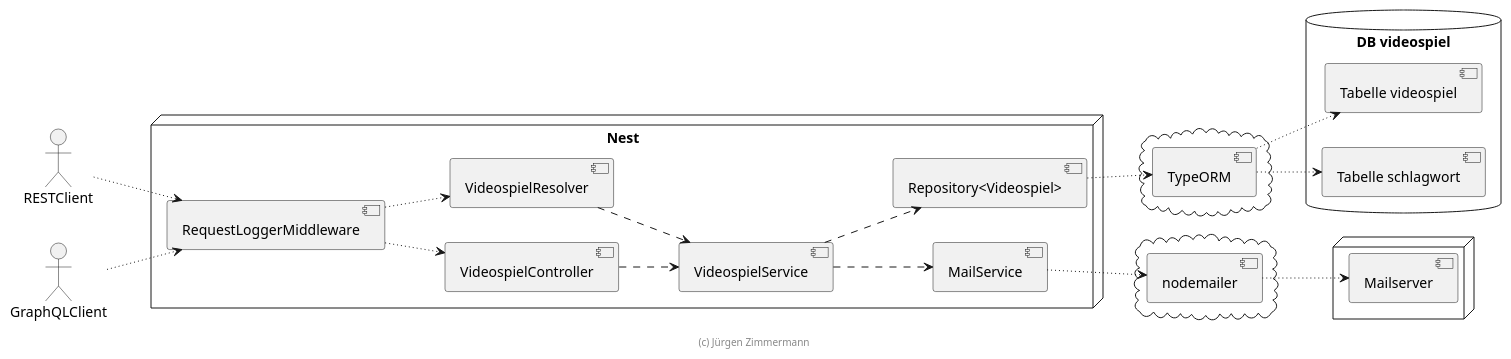
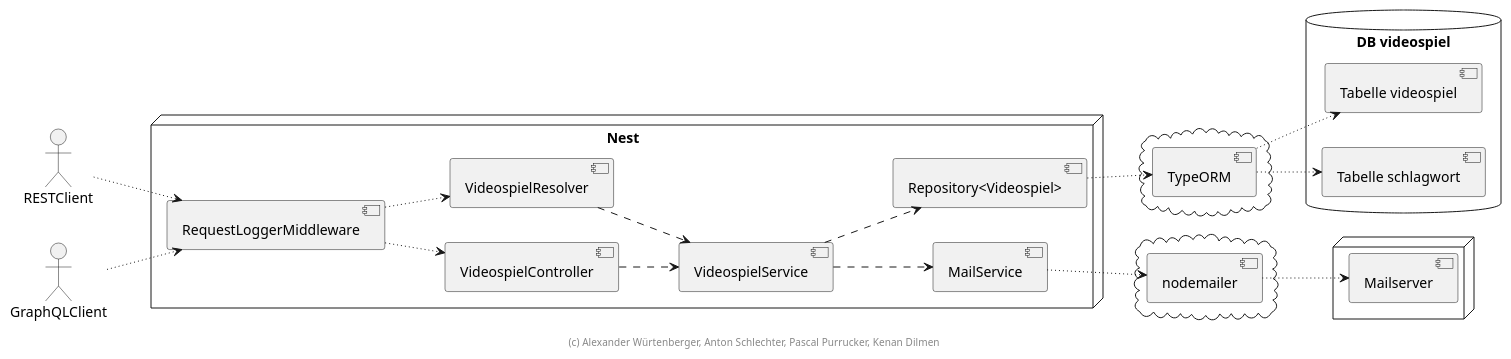
One commit to Kenan155/videospiel changed the diagram in extras/doc/entwicklerhandbuch/komponenten.plantuml. Above: the diagram before and after it, drawn with PlantUML. The commit also changed 7 other files, not shown here.

```diff
--- a/extras/doc/entwicklerhandbuch/komponenten.plantuml
+++ b/extras/doc/entwicklerhandbuch/komponenten.plantuml
@@ -3,59 +3,59 @@
 @startuml Komponenten
 
 left to right direction
 
 actor RESTClient
 actor GraphQLClient
 
 node "Nest" {
   [RequestLoggerMiddleware]
 
   [VideospielController]
   [VideospielResolver]
 
   [VideospielService]
 
   [Repository<Videospiel>]
 
   [MailService]
 }
 
 
 cloud {
     [TypeORM]
 }
 
 cloud {
     [nodemailer]
 }
 
 database "DB videospiel" {
     [Tabelle videospiel]
     [Tabelle schlagwort]
 }
 
 node {
     [Mailserver]
 }
 
 RESTClient ~~> [RequestLoggerMiddleware]
 GraphQLClient ~~> [RequestLoggerMiddleware]
 
 [RequestLoggerMiddleware] ~~> [VideospielController]
 [RequestLoggerMiddleware] ~~> [VideospielResolver]
 
 [VideospielController] ..> [VideospielService]
 [VideospielResolver] ..> [VideospielService]
 [VideospielService] ..> [Repository<Videospiel>]
 
 [Repository<Videospiel>] ~~> [TypeORM]
 [TypeORM] ~~> [Tabelle videospiel]
 [TypeORM] ~~> [Tabelle schlagwort]
 
 [VideospielService] ..> [MailService]
 [MailService] ~~> [nodemailer]
 [nodemailer] ~~> [Mailserver]
 
-footer (c) Jürgen Zimmermann
+footer (c) Alexander Würtenberger, Anton Schlechter, Pascal Purrucker, Kenan Dilmen
 
 @enduml
```
